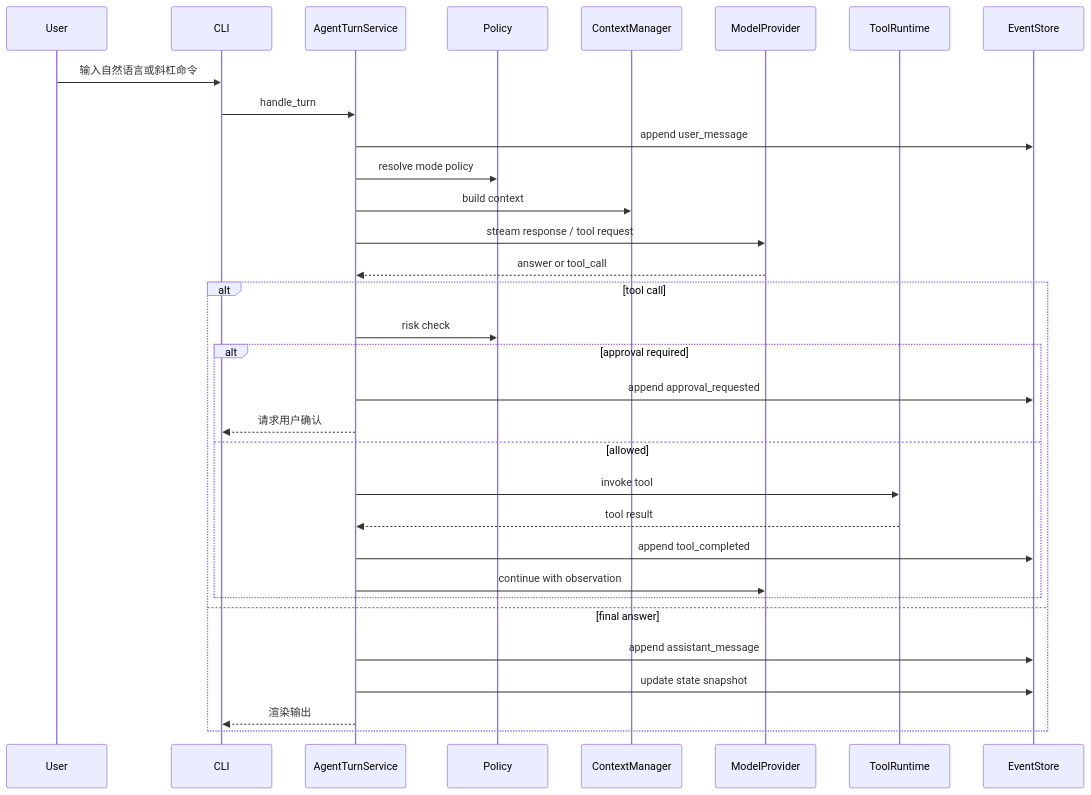
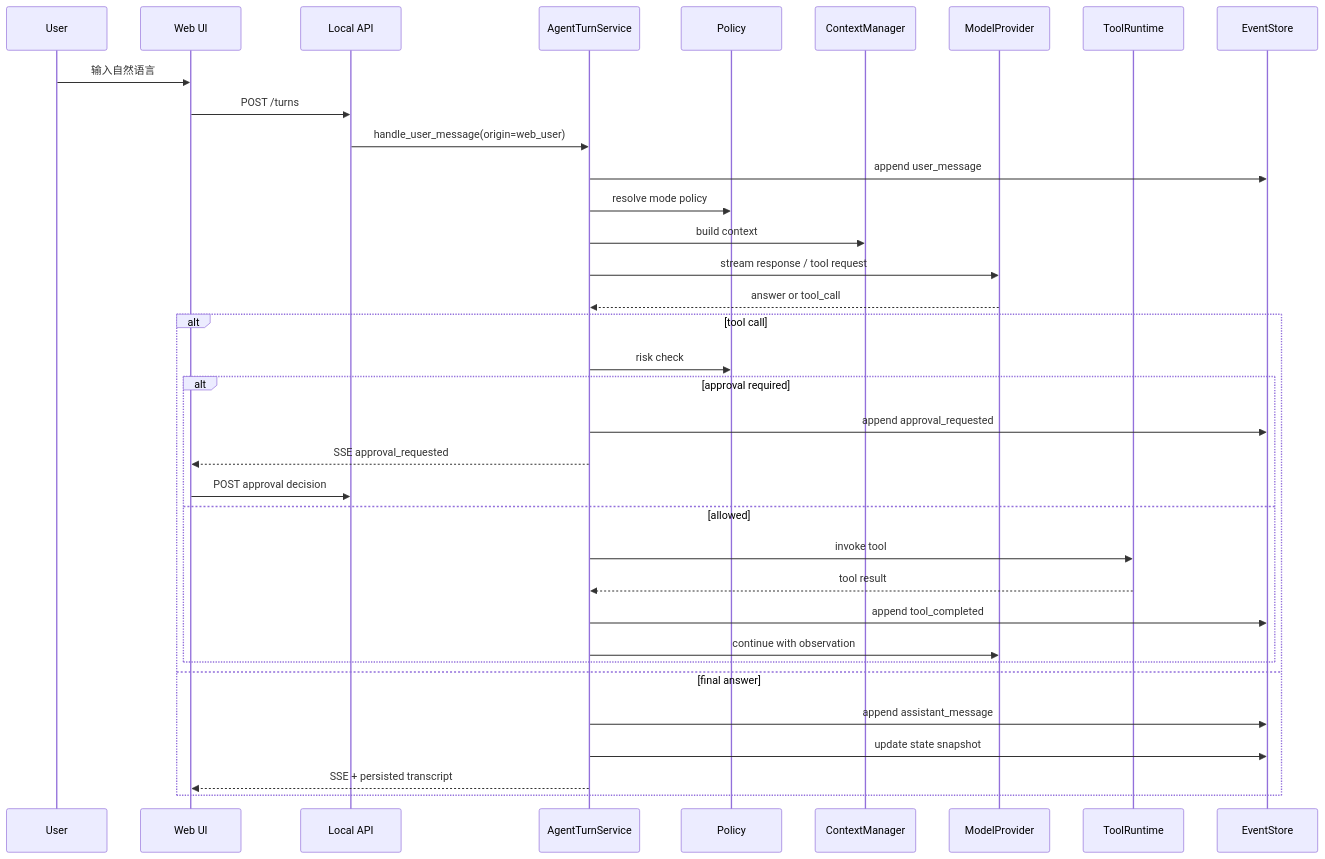
The diagram in docs/02-detailed-design.md (qubaolai/ForgeCLI), drawn with Mermaid before and after one commit. The commit also changed other lines of this file and 139 other files, not shown here.

````diff
--- a/docs/02-detailed-design.md
+++ b/docs/02-detailed-design.md
@@ -615,35 +623,38 @@
 ```mermaid
 sequenceDiagram
     participant U as User
-    participant CLI as CLI
+    participant WEB as Web UI
+    participant API as Local API
     participant APP as AgentTurnService
     participant POL as Policy
     participant CTX as ContextManager
     participant LLM as ModelProvider
     participant TOOLS as ToolRuntime
     participant STORE as EventStore
 
-    U->>CLI: 输入自然语言或斜杠命令
-    CLI->>APP: handle_turn
+    U->>WEB: 输入自然语言
+    WEB->>API: POST /turns
+    API->>APP: handle_user_message(origin=web_user)
     APP->>STORE: append user_message
     APP->>POL: resolve mode policy
     APP->>CTX: build context
     APP->>LLM: stream response / tool request
     LLM-->>APP: answer or tool_call
     alt tool call
         APP->>POL: risk check
         alt approval required
             APP->>STORE: append approval_requested
-            APP-->>CLI: 请求用户确认
+            APP-->>WEB: SSE approval_requested
+            WEB->>API: POST approval decision
         else allowed
             APP->>TOOLS: invoke tool
             TOOLS-->>APP: tool result
             APP->>STORE: append tool_completed
             APP->>LLM: continue with observation
         end
     else final answer
         APP->>STORE: append assistant_message
         APP->>STORE: update state snapshot
-        APP-->>CLI: 渲染输出
+        APP-->>WEB: SSE + persisted transcript
     end
 ```
````
